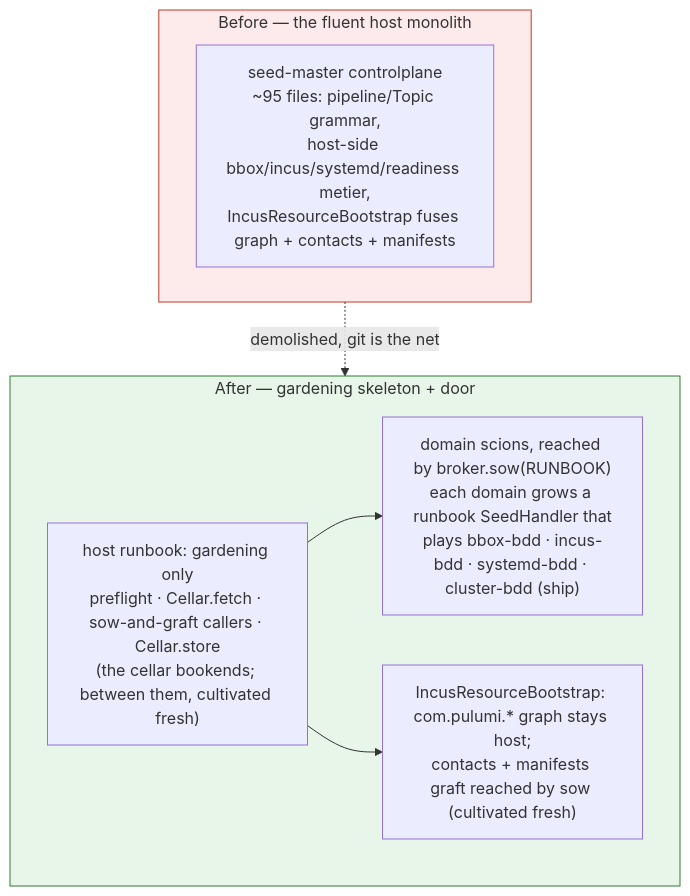
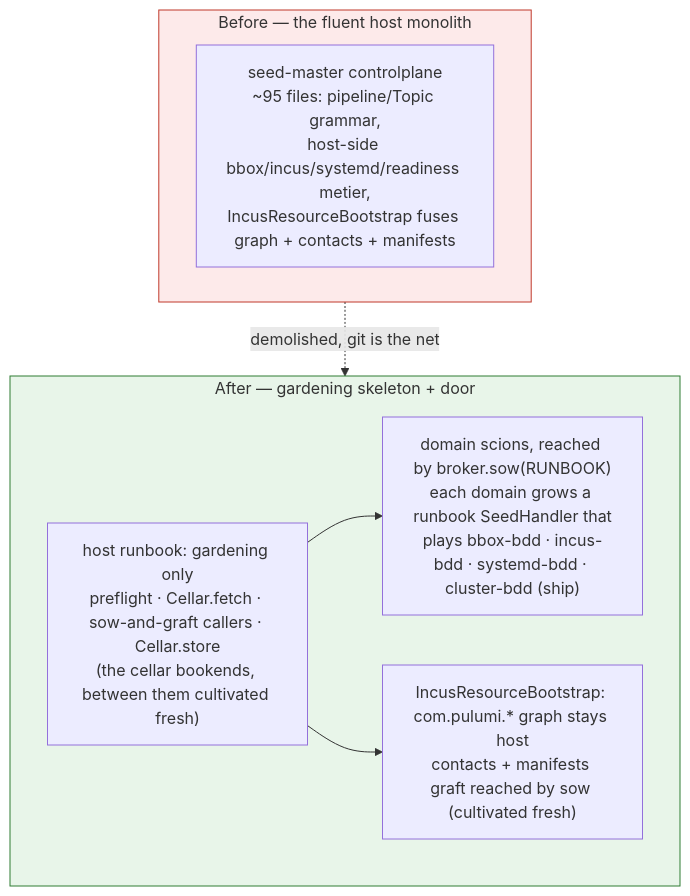
The fourth of 7 diagrams in docs/architecture/atlas/seed.adoc (nxmatic/rke2lab), drawn with Mermaid before and after one commit. The commit also changed other lines of this file and 18 other files, not shown here.

```diff
--- a/docs/architecture/atlas/seed.adoc
+++ b/docs/architecture/atlas/seed.adoc
@@ -387,18 +387,18 @@
 [mermaid]
 ----
 flowchart TB
   subgraph BEFORE[Before — the fluent host monolith]
     b1["seed-master controlplane<br/>~95 files: pipeline/Topic grammar,<br/>host-side bbox/incus/systemd/readiness metier,<br/>IncusResourceBootstrap fuses graph + contacts + manifests"]
   end
   subgraph AFTER[After — gardening skeleton + door]
-    a1["host runbook: gardening only<br/>preflight · Cellar.fetch · sow-and-graft callers · Cellar.store<br/>(the cellar bookends; between them, cultivated fresh)"]
+    a1["host runbook: gardening only<br/>preflight · Cellar.fetch · sow-and-graft callers · Cellar.store<br/>(the cellar bookends, between them cultivated fresh)"]
     a2["domain scions, reached by broker.sow(RUNBOOK)<br/>each domain grows a runbook SeedHandler that<br/>plays bbox-bdd · incus-bdd · systemd-bdd · cluster-bdd (ship)"]
-    a3["IncusResourceBootstrap: com.pulumi.* graph stays host;<br/>contacts + manifests graft reached by sow (cultivated fresh)"]
+    a3["IncusResourceBootstrap: com.pulumi.* graph stays host<br/>contacts + manifests graft reached by sow (cultivated fresh)"]
     a1 --> a2
     a1 --> a3
   end
   BEFORE -.demolished, git is the net.-> AFTER
 
   style BEFORE fill:#fdeaea,stroke:#c0392b
   style AFTER fill:#e8f5e9,stroke:#2e7d32
 ----
```
